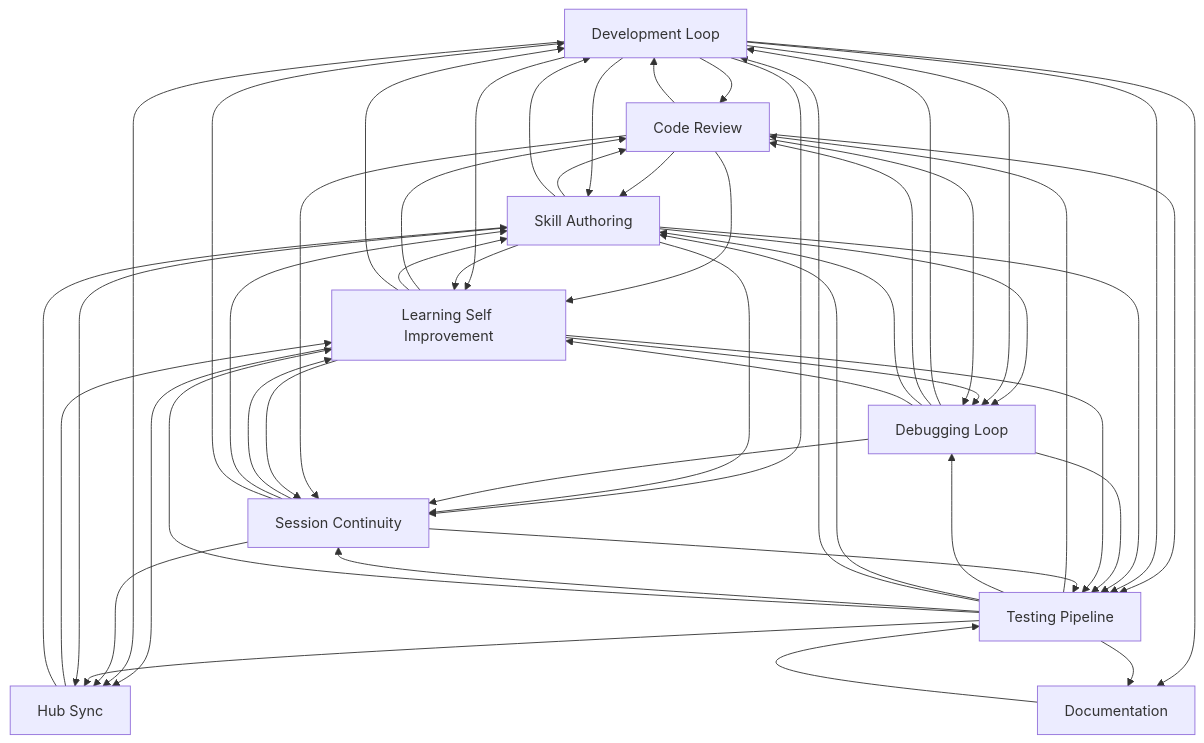
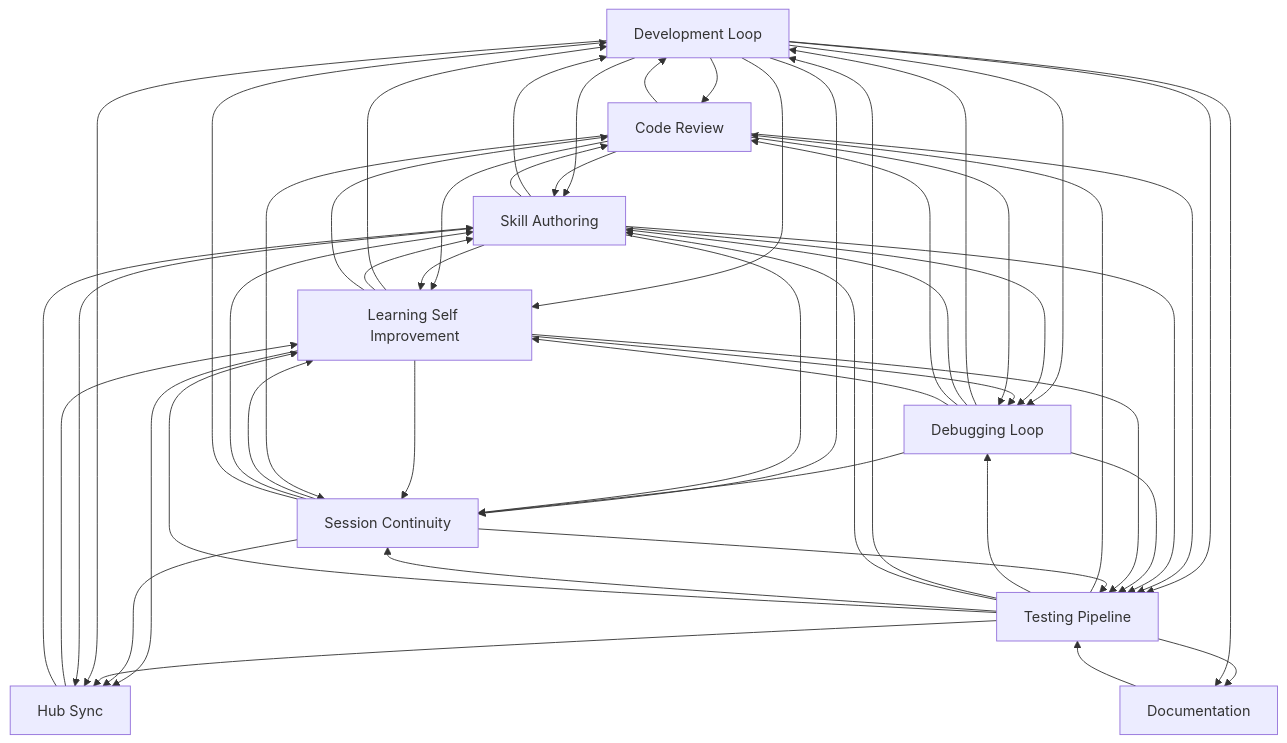
Before and after one commit to abhayla/claude-best-practices: the diagram in docs/workflows/INDEX.md, drawn with Mermaid. The commit also changed other lines of this file and 11 other files, not shown here.

````diff
--- a/docs/workflows/INDEX.md
+++ b/docs/workflows/INDEX.md
@@ -21,62 +21,62 @@
 ```mermaid
 graph TD
     development_loop[Development Loop]
     testing_pipeline[Testing Pipeline]
     debugging_loop[Debugging Loop]
     learning_self_improvement[Learning Self Improvement]
     session_continuity[Session Continuity]
     skill_authoring[Skill Authoring]
     code_review[Code Review]
     documentation[Documentation]
     hub_sync[Hub Sync]
     documentation --> testing_pipeline
-    code_review --> skill_authoring
-    code_review --> development_loop
     development_loop --> code_review
     development_loop --> skill_authoring
+    code_review --> development_loop
+    code_review --> skill_authoring
+    development_loop --> learning_self_improvement
+    development_loop --> testing_pipeline
     code_review --> learning_self_improvement
     code_review --> testing_pipeline
-    development_loop --> learning_self_improvement
-    development_loop --> testing_pipeline
     testing_pipeline --> code_review
     testing_pipeline --> debugging_loop
+    testing_pipeline --> development_loop
     testing_pipeline --> skill_authoring
-    testing_pipeline --> development_loop
+    skill_authoring --> development_loop
     skill_authoring --> code_review
-    skill_authoring --> development_loop
     skill_authoring --> learning_self_improvement
     skill_authoring --> testing_pipeline
     development_loop --> session_continuity
+    testing_pipeline --> session_continuity
+    debugging_loop --> session_continuity
+    debugging_loop --> development_loop
     skill_authoring --> session_continuity
-    debugging_loop --> development_loop
-    debugging_loop --> session_continuity
-    testing_pipeline --> session_continuity
-    skill_authoring --> debugging_loop
     development_loop --> debugging_loop
-    debugging_loop --> code_review
     debugging_loop --> skill_authoring
     debugging_loop --> testing_pipeline
+    debugging_loop --> code_review
+    skill_authoring --> debugging_loop
+    testing_pipeline --> learning_self_improvement
     debugging_loop --> learning_self_improvement
-    testing_pipeline --> learning_self_improvement
-    learning_self_improvement --> code_review
+    learning_self_improvement --> development_loop
     learning_self_improvement --> skill_authoring
-    learning_self_improvement --> development_loop
     learning_self_improvement --> debugging_loop
     learning_self_improvement --> testing_pipeline
+    learning_self_improvement --> code_review
     code_review --> debugging_loop
+    learning_self_improvement --> session_continuity
     code_review --> session_continuity
-    learning_self_improvement --> session_continuity
     learning_self_improvement --> hub_sync
+    session_continuity --> learning_self_improvement
+    session_continuity --> hub_sync
+    session_continuity --> skill_authoring
+    testing_pipeline --> hub_sync
     development_loop --> hub_sync
-    session_continuity --> learning_self_improvement
-    session_continuity --> skill_authoring
-    session_continuity --> hub_sync
-    testing_pipeline --> hub_sync
+    testing_pipeline --> documentation
     development_loop --> documentation
-    testing_pipeline --> documentation
     session_continuity --> development_loop
     session_continuity --> testing_pipeline
     skill_authoring --> hub_sync
     hub_sync --> learning_self_improvement
     hub_sync --> skill_authoring
 ```
````
